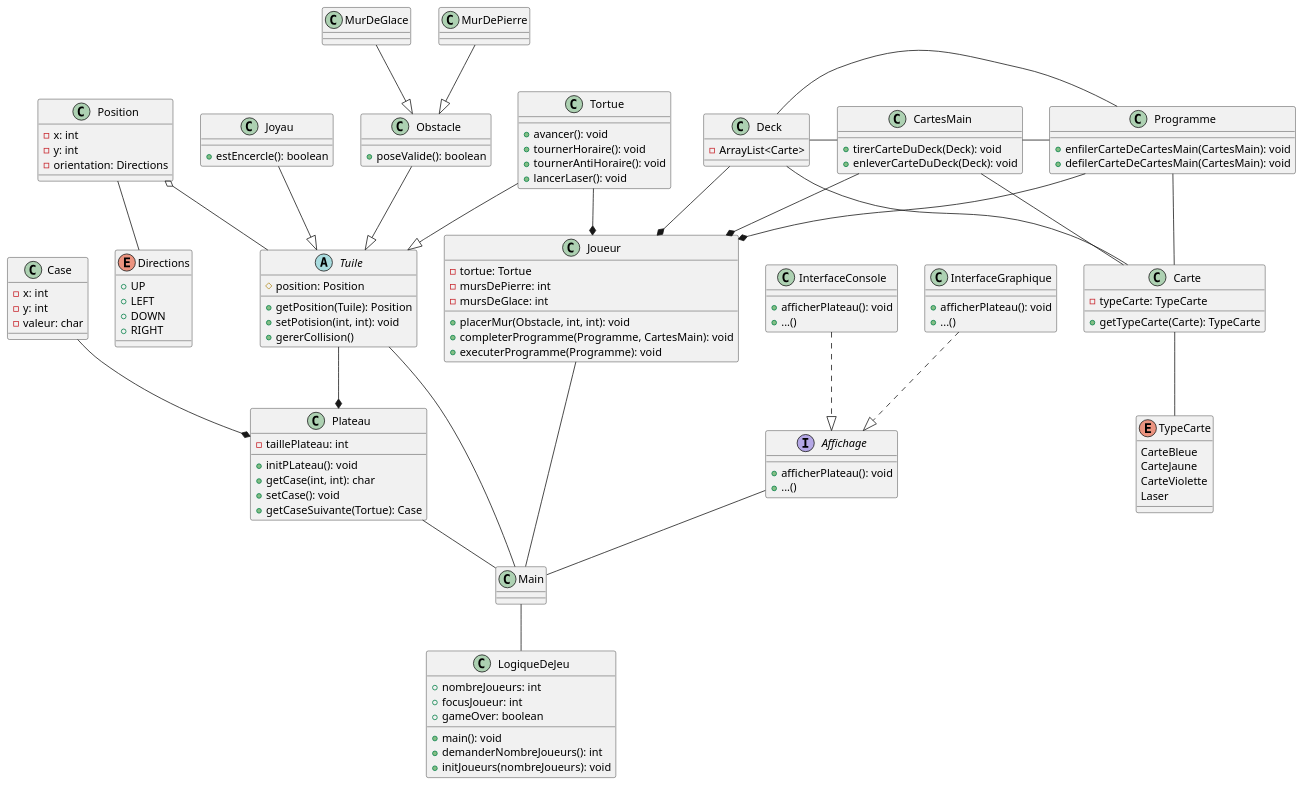
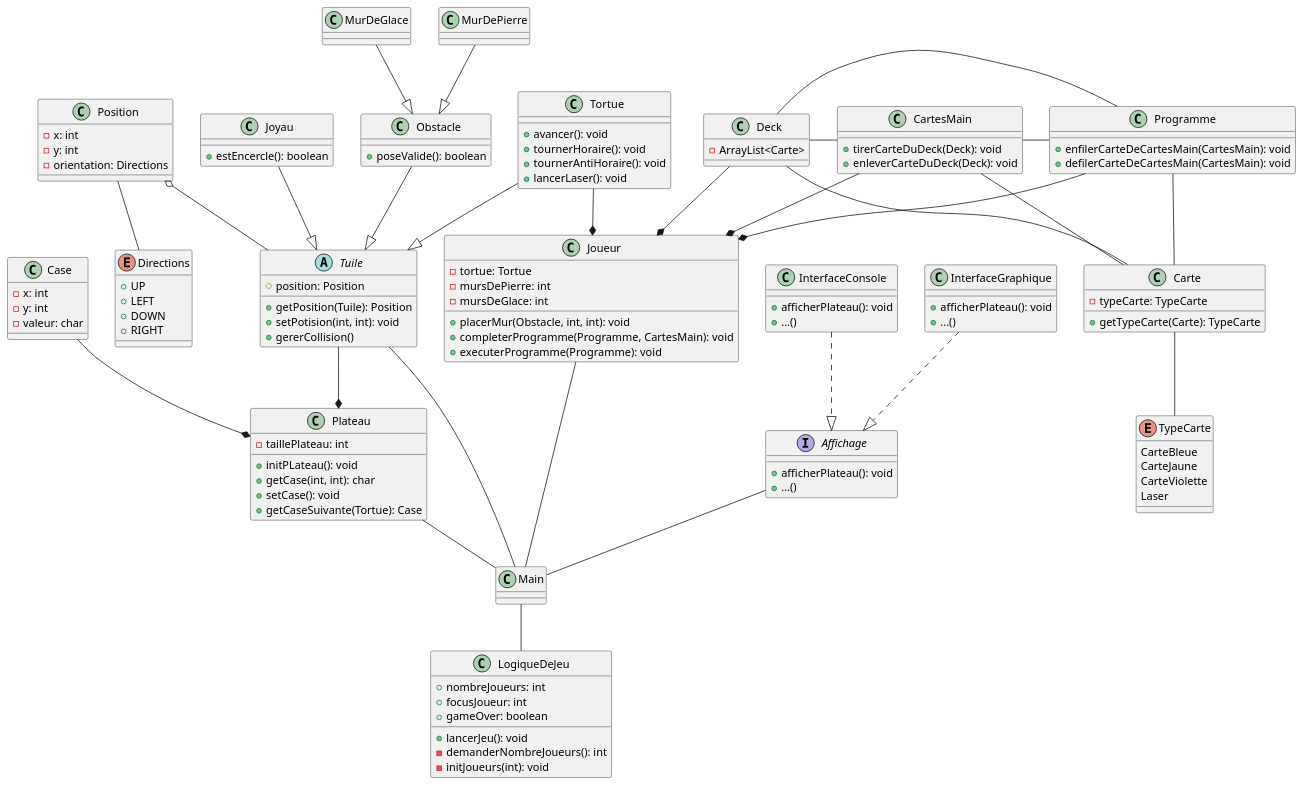
The diagram in DiagrammeDeClasse.puml (broken-clock/RobotTurtles), drawn with PlantUML before and after one commit. The commit also changed 23 other files, not shown here.

Commit message:
Restructuration complète du code en accord avec le nouveau diagramme de classes

```diff
--- a/DiagrammeDeClasse.puml
+++ b/DiagrammeDeClasse.puml
@@ -1,146 +1,146 @@
 @startuml
 class Main
 Main -- LogiqueDeJeu
 
 class LogiqueDeJeu {
 + nombreJoueurs: int
 + focusJoueur: int
 + gameOver: boolean
-+ main(): void
-+ demanderNombreJoueurs(): int
-+ initJoueurs(nombreJoueurs): void
++ lancerJeu(): void
+- demanderNombreJoueurs(): int
+- initJoueurs(int): void
 }
 
 class Plateau {
 - taillePlateau: int
 + initPLateau(): void
 + getCase(int, int): char
 + setCase(): void
 + getCaseSuivante(Tortue): Case
 }
 Plateau -- Main
 
 class Case {
 - x: int
 - y: int
 - valeur: char
 }
 Case --* Plateau
 
 abstract class Tuile {
 # position: Position
 + getPosition(Tuile): Position
 + setPotision(int, int): void
 + gererCollision()
 }
 Tuile -- Main
 Tuile --* Plateau
 
 enum Directions {
 + UP
 + LEFT
 + DOWN
 + RIGHT
 }
 
 class Position {
 - x: int
 - y: int
 - orientation: Directions
 }
 Position o-- Tuile
 Position -- Directions
 
 class Tortue {
 + avancer(): void
 + tournerHoraire(): void
 + tournerAntiHoraire(): void
 + lancerLaser(): void
 }
 Tortue --|> Tuile
 Tortue --* Joueur
 
 class Joyau {
 + estEncercle(): boolean
 }
 Joyau --|> Tuile
 
 class Obstacle {
 + poseValide(): boolean
 }
 Obstacle --|> Tuile
 
 class MurDeGlace {
 
 }
 MurDeGlace --|> Obstacle
 
 class MurDePierre {
 
 }
 MurDePierre --|> Obstacle
 
 class Joueur {
 - tortue: Tortue
 - mursDePierre: int
 - mursDeGlace: int
 + placerMur(Obstacle, int, int): void
 + completerProgramme(Programme, CartesMain): void
 + executerProgramme(Programme): void
 }
 Joueur -- Main
 
 enum TypeCarte {
 CarteBleue
 CarteJaune
 CarteViolette
 Laser
 }
 
 class Carte {
 - typeCarte: TypeCarte
 + getTypeCarte(Carte): TypeCarte
 }
 Carte -- TypeCarte
 
 class Deck {
 - ArrayList<Carte>
 }
 Deck - CartesMain
 Deck --* Joueur
 Deck -- Carte
 
 class CartesMain {
 + tirerCarteDuDeck(Deck): void
 + enleverCarteDuDeck(Deck): void
 }
 CartesMain - Programme
 CartesMain --* Joueur
 CartesMain -- Carte
 
 class Programme {
 + enfilerCarteDeCartesMain(CartesMain): void
 + defilerCarteDeCartesMain(CartesMain): void
 }
 Programme - Deck
 Programme --* Joueur
 Programme -- Carte
 
 interface Affichage {
 + afficherPlateau(): void
 + ...()
 }
 Affichage -- Main
 
 class InterfaceGraphique {
 + afficherPlateau(): void
 + ...()
 }
 InterfaceGraphique ..|> Affichage
 
 class InterfaceConsole {
 + afficherPlateau(): void
 + ...()
 }
 InterfaceConsole ..|> Affichage
 @enduml
```
